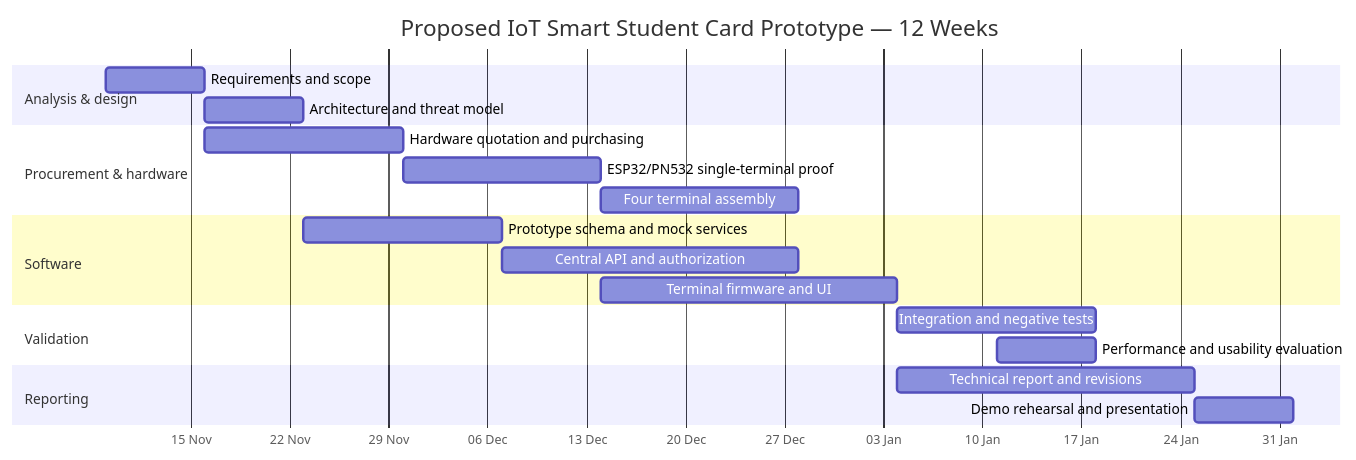
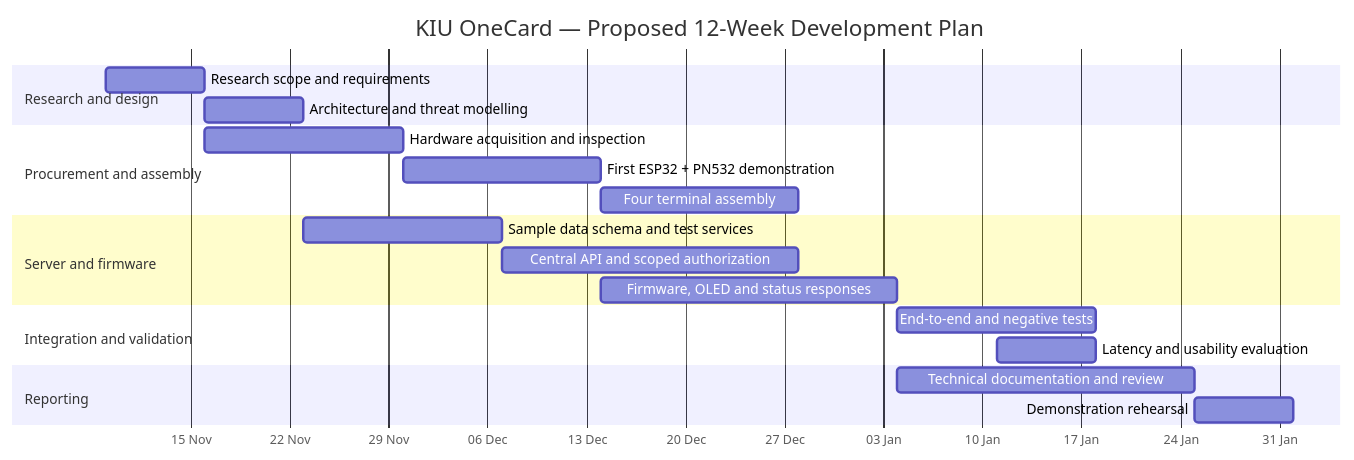
One commit to codetherapistpita-oss/codetherapistpita-oss changed the second of 3 diagrams in knowledge-hub/17-IOT-SMART-STUDENT-CARD/GANTT-CHART.md. Above: the diagram before and after it, drawn with Mermaid. The commit also changed other lines of this file, not shown here.

Commit message:
docs(iot): standardize milestone Gantt, evidence gates and weekly plan

````diff
--- a/knowledge-hub/17-IOT-SMART-STUDENT-CARD/GANTT-CHART.md
+++ b/knowledge-hub/17-IOT-SMART-STUDENT-CARD/GANTT-CHART.md
@@ -10,23 +23,28 @@
 ```mermaid
 gantt
-  title Proposed IoT Smart Student Card Prototype — 12 Weeks
+  title KIU OneCard — Proposed 12-Week Development Plan
   dateFormat YYYY-MM-DD
   axisFormat %d %b
-  section Analysis & design
-  Requirements and scope              :req, 2026-11-09, 7d
-  Architecture and threat model        :arch, after req, 7d
-  section Procurement & hardware
-  Hardware quotation and purchasing   :buy, 2026-11-16, 14d
-  ESP32/PN532 single-terminal proof    :poc, 2026-11-30, 14d
-  Four terminal assembly               :term, 2026-12-14, 14d
-  section Software
-  Prototype schema and mock services   :db, 2026-11-23, 14d
-  Central API and authorization        :api, 2026-12-07, 21d
-  Terminal firmware and UI             :fw, 2026-12-14, 21d
-  section Validation
-  Integration and negative tests       :test, 2027-01-04, 14d
-  Performance and usability evaluation :eval, 2027-01-11, 7d
+
+  section Research and design
+  Research scope and requirements      :req, 2026-11-09, 7d
+  Architecture and threat modelling    :arch, 2026-11-16, 7d
+
+  section Procurement and assembly
+  Hardware acquisition and inspection  :buy, 2026-11-16, 14d
+  First ESP32 + PN532 demonstration     :poc, 2026-11-30, 14d
+  Four terminal assembly               :terminal, 2026-12-14, 14d
+
+  section Server and firmware
+  Sample data schema and test services :data, 2026-11-23, 14d
+  Central API and scoped authorization :api, 2026-12-07, 21d
+  Firmware, OLED and status responses  :fw, 2026-12-14, 21d
+
+  section Integration and validation
+  End-to-end and negative tests        :test, 2027-01-04, 14d
+  Latency and usability evaluation     :eval, 2027-01-11, 7d
+
   section Reporting
-  Technical report and revisions       :doc, 2027-01-04, 21d
-  Demo rehearsal and presentation      :demo, 2027-01-25, 7d
+  Technical documentation and review  :docs, 2027-01-04, 21d
+  Demonstration rehearsal              :demo, 2027-01-25, 7d
 ```
````
